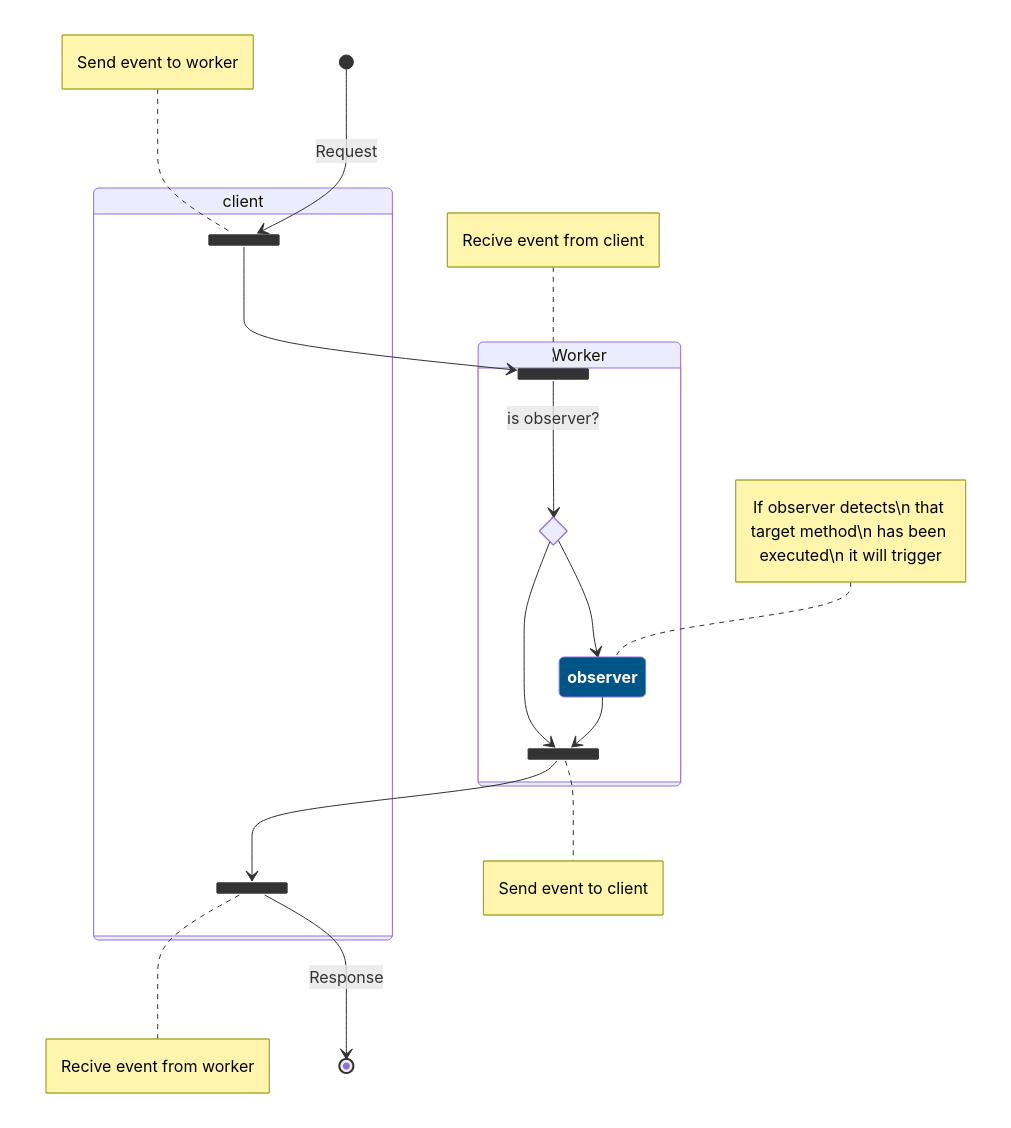
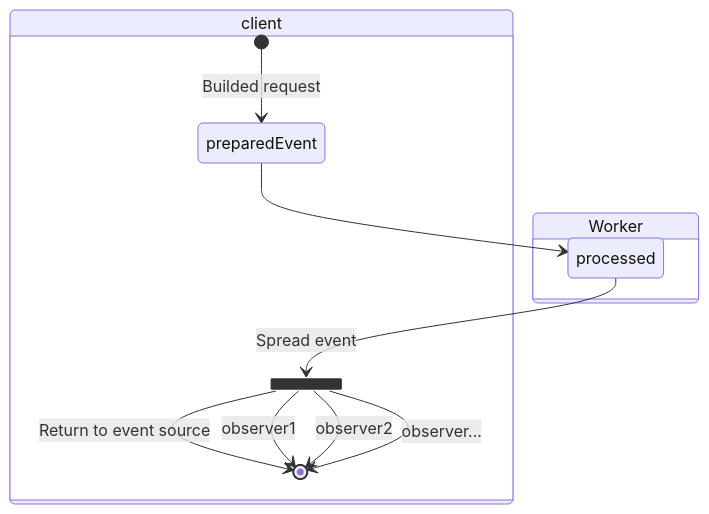
One commit to RubenPX/Tiny-EDA-WebWorker changed the diagram in readme.md. Above: the diagram before and after it, drawn with Mermaid. The commit also changed 1 other file, not shown here.

````diff
--- a/readme.md
+++ b/readme.md
@@ -34,44 +34,22 @@
 ```mermaid
 stateDiagram-v2
-    state client_start <<fork>>
-    note left of client_start : Send event to worker
-
-    state worker_start <<join>>
-    note left of worker_start : Recive event from client
-
-    state worker_end <<join>>
-    note right of worker_end : Send event to client
-
-    state client_end <<fork>>
-    note right of client_end : Recive event from worker
-    
-    %% Request flow
-
-    [*] --> client_start: Request 
-    
     state client {
-        client_start --> worker_start
+        [*] --> preparedEvent: Builded request 
+        preparedEvent --> processed
     }
 
-    state is_observer <<choice>>
+    state ...observer <<fork>>
 
     state Worker {
-        worker_start --> is_observer: is observer?
-        is_observer --> worker_end
-
-        is_observer --> observer
-        observer --> worker_end
-        note left of observer : If observer detects\n that target method\n has been executed\n it will trigger
-
-        worker_end --> client_end
+        processed --> ...observer: Spread event
     }
 
     state client {
-        client_end
+        ...observer --> [*]: Return to event source
+        ...observer --> [*]: observer1
+        ...observer --> [*]: observer2
+        ...observer --> [*]: observer...
     }
 
-    client_end --> [*]: Response
-
-class observer badBadEvent
-classDef badBadEvent fill:#058,color:white,font-weight:bold
+    
 ```
````
